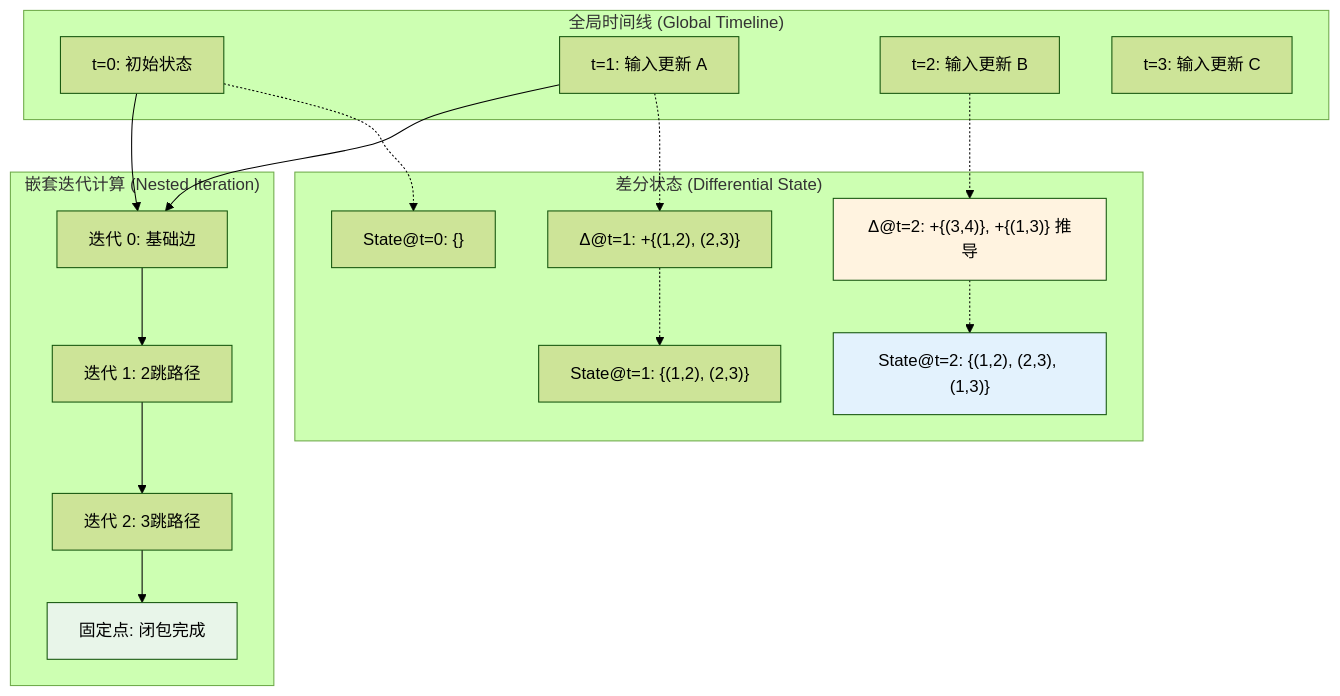
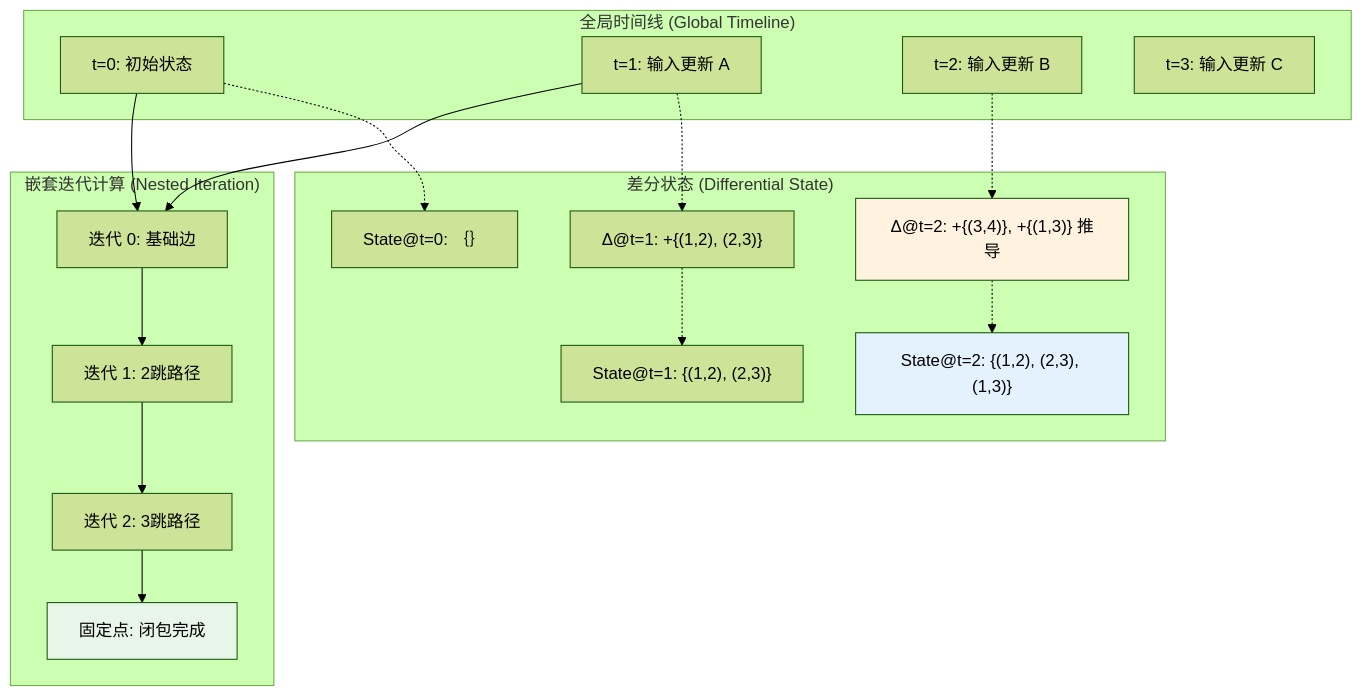
The fourth of 7 diagrams in Knowledge/06-frontier/rust-streaming-ecosystem.md (AdaMartin18010/AnalysisDataFlow), drawn with Mermaid (forest theme) before and after one commit. The commit also changed 253 other files, not shown here.

````diff
--- a/Knowledge/06-frontier/rust-streaming-ecosystem.md
+++ b/Knowledge/06-frontier/rust-streaming-ecosystem.md
@@ -806,36 +806,36 @@
 ```mermaid
 graph TB
     subgraph "全局时间线 (Global Timeline)"
         T0[t=0: 初始状态]
         T1[t=1: 输入更新 A]
         T2[t=2: 输入更新 B]
         T3[t=3: 输入更新 C]
     end
 
     subgraph "嵌套迭代计算 (Nested Iteration)"
         I0[迭代 0: 基础边]
         I1[迭代 1: 2跳路径]
         I2[迭代 2: 3跳路径]
         IFIX[固定点: 闭包完成]
     end
 
     subgraph "差分状态 (Differential State)"
-        S0["State@t=0: {}"]
+        S0["State@t=0: ｛｝"]
         S1["State@t=1: {(1,2), (2,3)}"]
         S2["State@t=2: {(1,2), (2,3), (1,3)}"]
         D1["Δ@t=1: +{(1,2), (2,3)}"]
         D2["Δ@t=2: +{(3,4)}, +{(1,3)} 推导"]
     end
 
     T0 --> I0
     T1 --> I0
     I0 --> I1 --> I2 --> IFIX
 
     T0 -.-> S0
     T1 -.-> D1 -.-> S1
     T2 -.-> D2 -.-> S2
 
     style IFIX fill:#e8f5e9
     style S2 fill:#e3f2fd
     style D2 fill:#fff3e0
 ```
````
